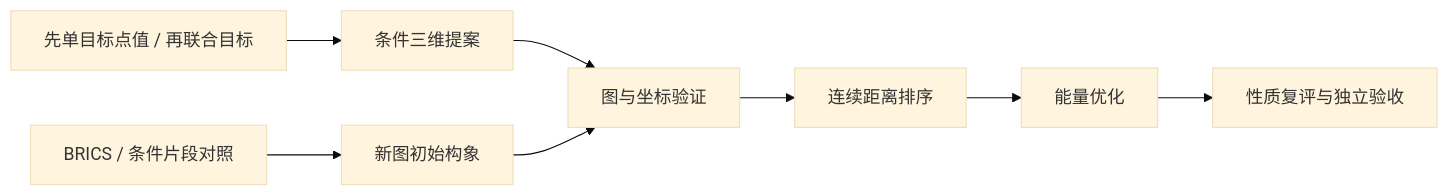
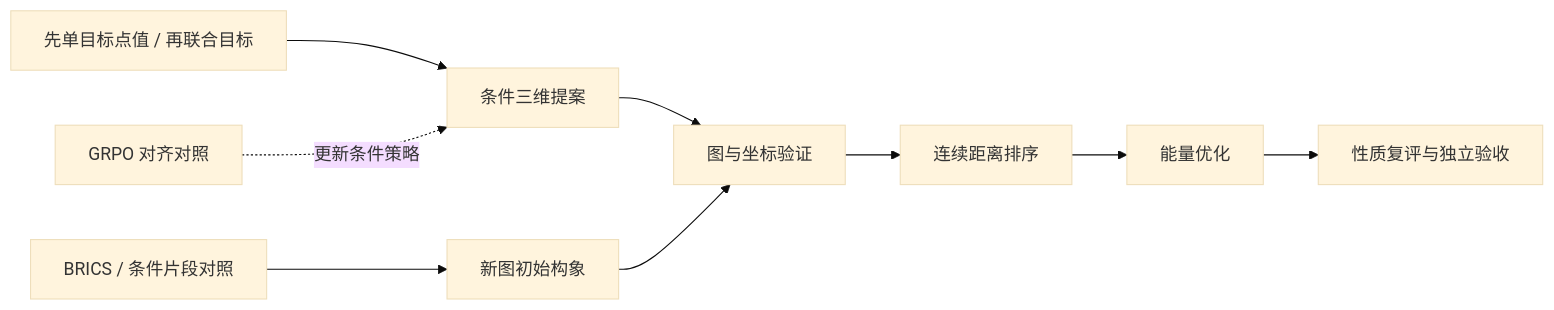
Before and after one commit to ShangChien/orbit3d: the diagram in docs/design_changes.md, drawn with Mermaid (base theme). The commit also changed other lines of this file and 2 other files, not shown here.

Commit message:
docs: add matched GRPO benefit and cost experiments

````diff
--- a/docs/design_changes.md
+++ b/docs/design_changes.md
@@ -35,10 +36,11 @@
 ```mermaid
 flowchart LR
     A[先单目标点值 / 再联合目标] --> B[条件三维提案]
     B --> C[图与坐标验证]
+    R[GRPO 对齐对照] -.更新条件策略.-> B
     C --> D[连续距离排序]
     D --> E[能量优化]
     E --> F[性质复评与独立验收]
     G[BRICS / 条件片段对照] --> H[新图初始构象]
     H --> C
 ```
````
